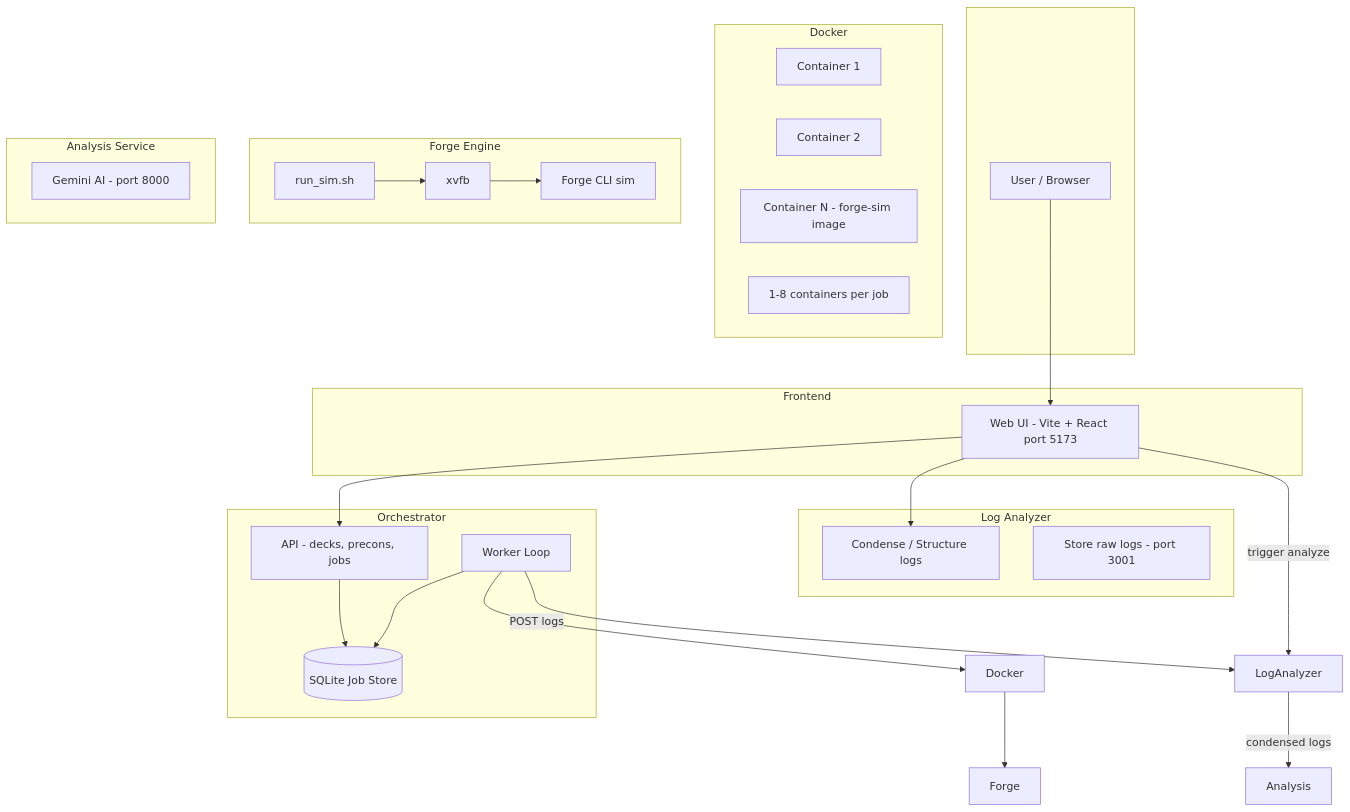
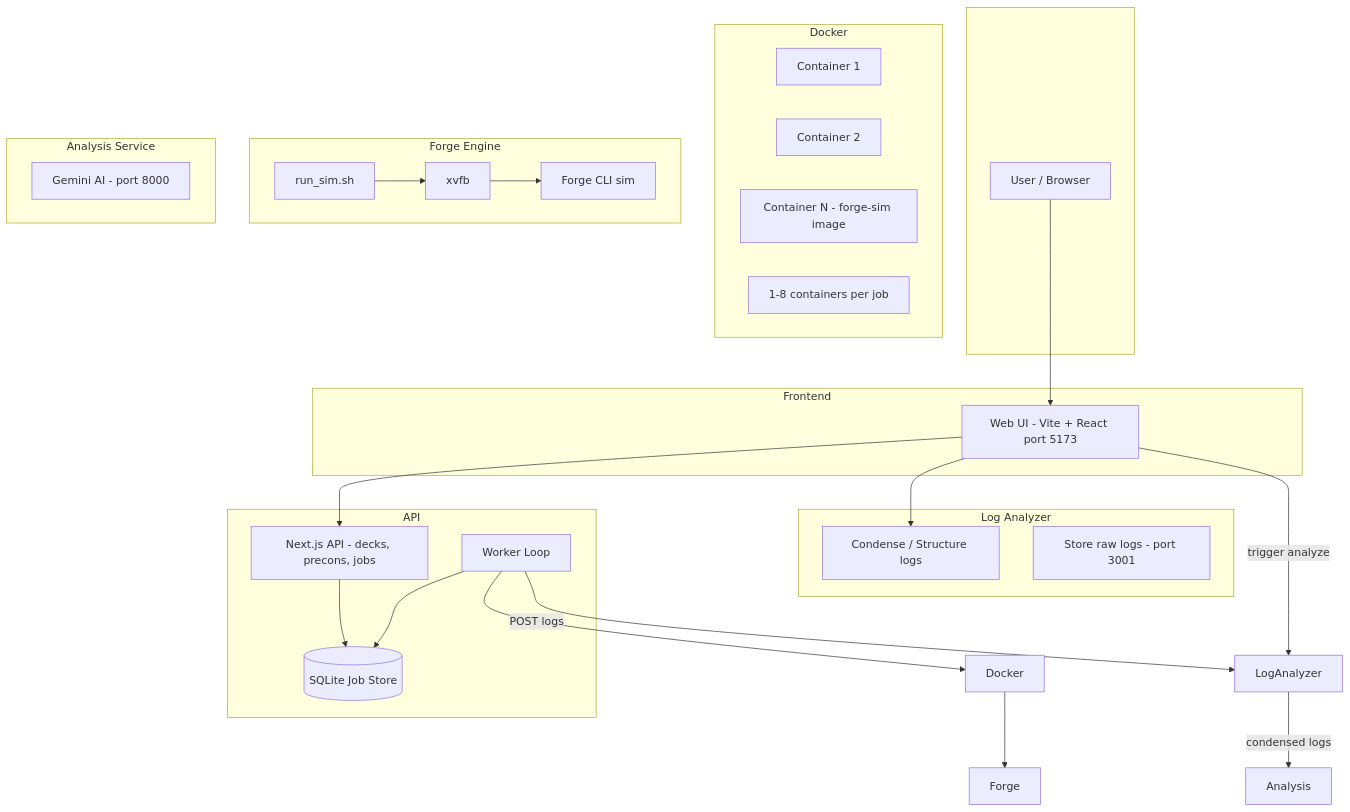
Before and after one commit to TytaniumDev/MagicBracketSimulator: the third of 6 diagrams in docs/ARCHITECTURE.md, drawn with Mermaid. The commit also changed other lines of this file and 26 other files, not shown here.

````diff
--- a/docs/ARCHITECTURE.md
+++ b/docs/ARCHITECTURE.md
@@ -105,50 +105,50 @@
 ```mermaid
 flowchart TB
     subgraph user[" "]
         Browser["User / Browser"]
     end
 
     subgraph frontend["Frontend"]
         UI["Web UI - Vite + React port 5173"]
     end
 
-    subgraph orchestrator["Orchestrator"]
-        API["API - decks, precons, jobs"]
+    subgraph api["API"]
+        Api["Next.js API - decks, precons, jobs"]
         Store[(SQLite Job Store)]
         Worker["Worker Loop"]
-        API --> Store
+        Api --> Store
         Worker --> Store
     end
 
     subgraph loganalyzer["Log Analyzer"]
         Condenser["Condense / Structure logs"]
         StoreLogs["Store raw logs - port 3001"]
     end
 
     subgraph docker["Docker"]
         C1["Container 1"]
         C2["Container 2"]
         C3["Container N - forge-sim image"]
         N1["1-8 containers per job"]
     end
 
     subgraph forge["Forge Engine"]
         RunSim["run_sim.sh"]
         Xvfb["xvfb"]
         ForgeCLI["Forge CLI sim"]
         RunSim --> Xvfb --> ForgeCLI
     end
 
     subgraph analysis["Analysis Service"]
         Gemini["Gemini AI - port 8000"]
     end
 
     Browser --> UI
-    UI --> API
+    UI --> Api
     UI --> Condenser
     Worker --> Docker
     Docker --> Forge
     Worker -->|"POST logs"| LogAnalyzer
     LogAnalyzer -->|"condensed logs"| Analysis
     UI -->|"trigger analyze"| LogAnalyzer
 ```
````
